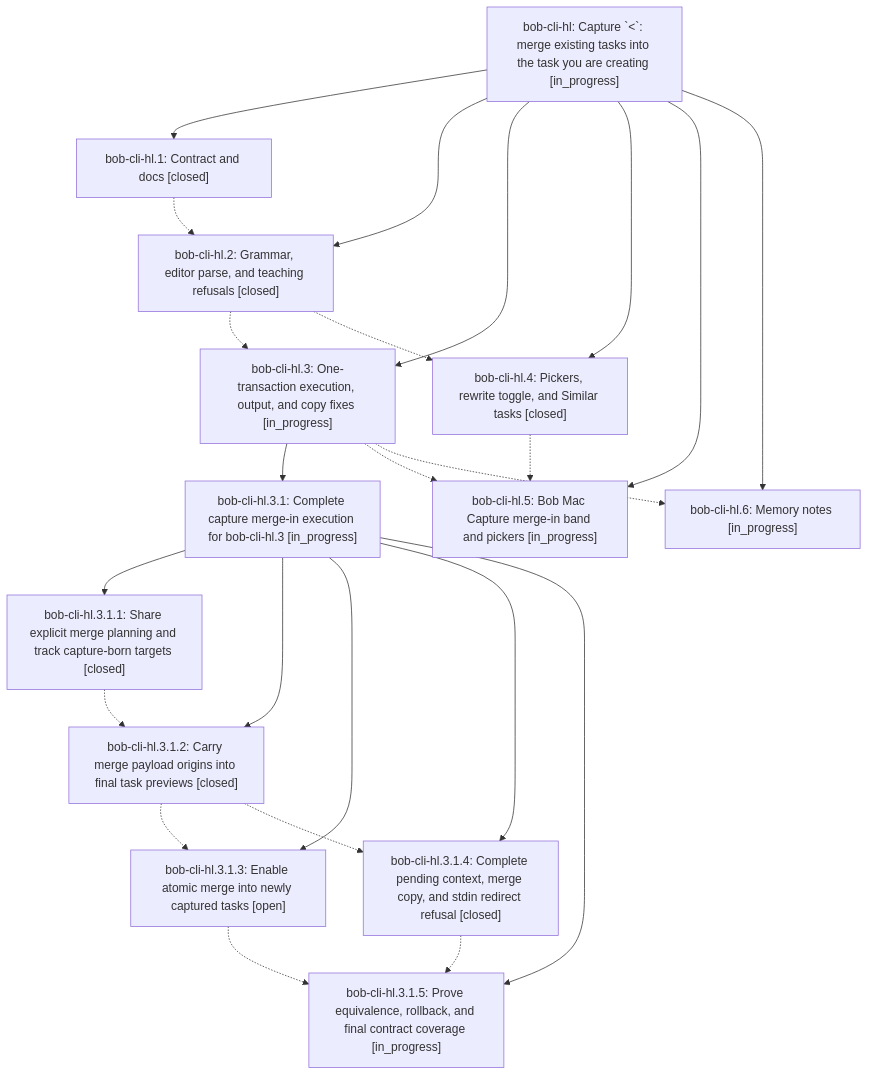
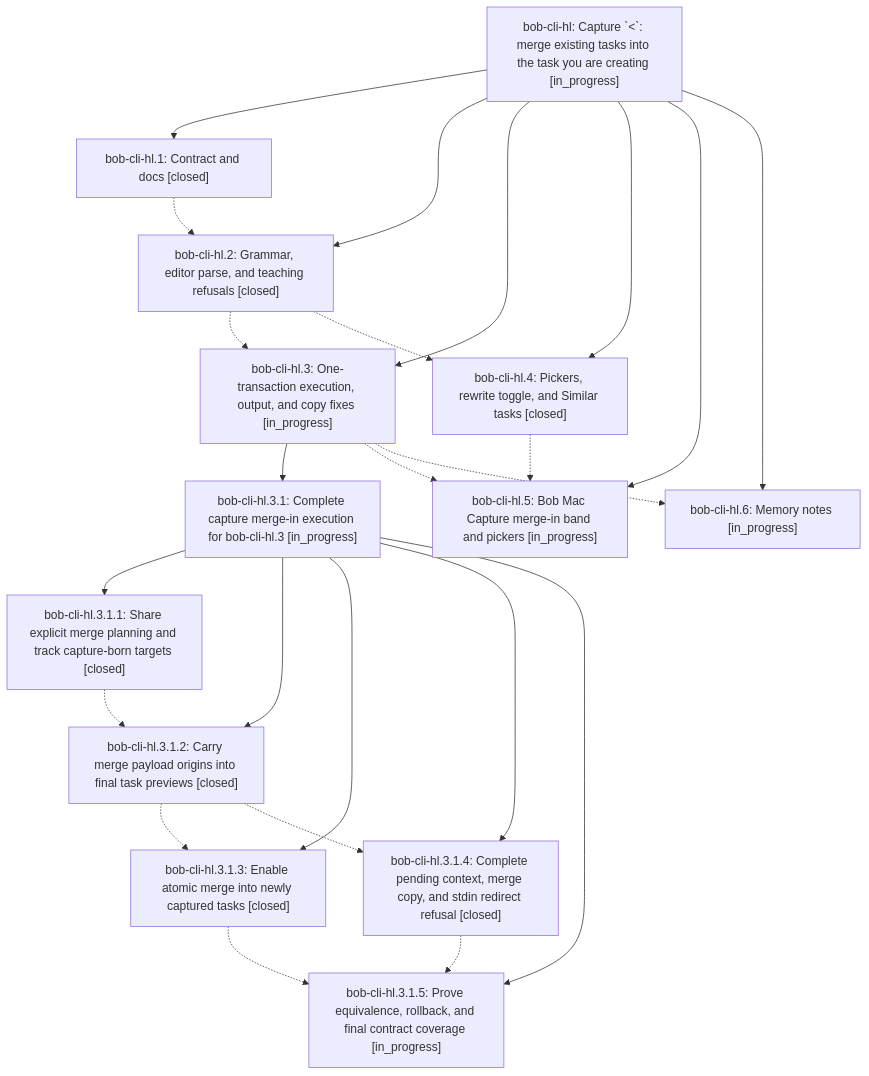
One commit to bobs-org/bob-cli--beads changed the diagram in pages/bob-cli-hl/README.md. Above: the diagram before and after it, drawn with Mermaid. The commit also changed other lines of this file and 7 other files, not shown here.

First line of the commit message:
chore(beads): sync bead state and pages for bob-cli-hl

````diff
--- a/pages/bob-cli-hl/README.md
+++ b/pages/bob-cli-hl/README.md
@@ -47,39 +47,39 @@
 ```mermaid
 flowchart TD
     n0["bob-cli-hl: Capture `&lt;`: merge existing tasks into the task you are creating [in_progress]"]
     n1["bob-cli-hl.1: Contract and docs [closed]"]
     n2["bob-cli-hl.2: Grammar, editor parse, and teaching refusals [closed]"]
     n3["bob-cli-hl.3: One-transaction execution, output, and copy fixes [in_progress]"]
     n4["bob-cli-hl.3.1: Complete capture merge-in execution for bob-cli-hl.3 [in_progress]"]
     n5["bob-cli-hl.3.1.1: Share explicit merge planning and track capture-born targets [closed]"]
     n6["bob-cli-hl.3.1.2: Carry merge payload origins into final task previews [closed]"]
-    n7["bob-cli-hl.3.1.3: Enable atomic merge into newly captured tasks [open]"]
+    n7["bob-cli-hl.3.1.3: Enable atomic merge into newly captured tasks [closed]"]
     n8["bob-cli-hl.3.1.4: Complete pending context, merge copy, and stdin redirect refusal [closed]"]
     n9["bob-cli-hl.3.1.5: Prove equivalence, rollback, and final contract coverage [in_progress]"]
     n10["bob-cli-hl.4: Pickers, rewrite toggle, and Similar tasks [closed]"]
     n11["bob-cli-hl.5: Bob Mac Capture merge-in band and pickers [in_progress]"]
     n12["bob-cli-hl.6: Memory notes [in_progress]"]
     n0 --> n1
     n0 --> n2
     n0 --> n3
     n3 --> n4
     n4 --> n5
     n4 --> n6
     n4 --> n7
     n4 --> n8
     n4 --> n9
     n0 --> n10
     n0 --> n11
     n0 --> n12
     n1 -.-> n2
     n2 -.-> n3
     n2 -.-> n10
     n3 -.-> n11
     n3 -.-> n12
     n5 -.-> n6
     n6 -.-> n7
     n6 -.-> n8
     n7 -.-> n9
     n8 -.-> n9
     n10 -.-> n11
 ```
````
